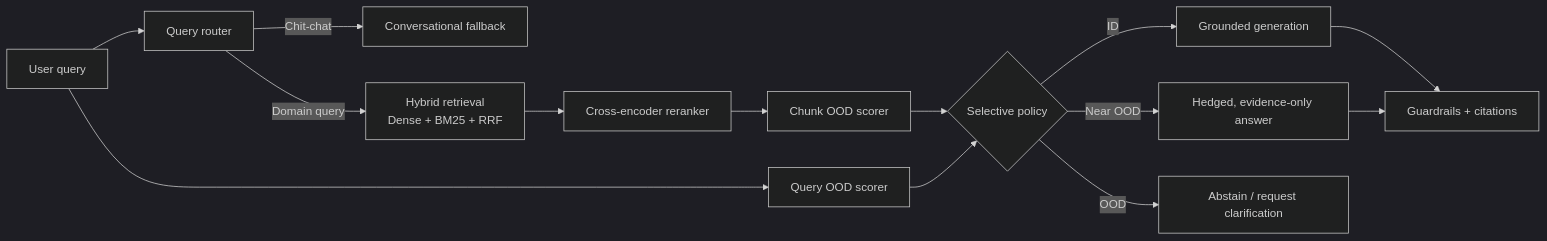
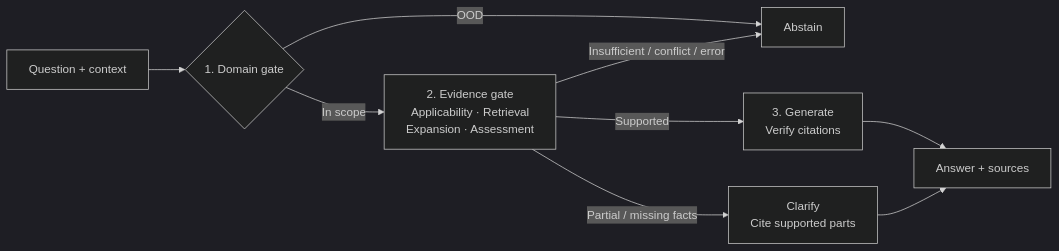
The diagram in README.md (arpit196/OODRAG), drawn with Mermaid (dark theme) before and after one commit. The commit also changed other lines of this file, not shown here.

````diff
--- a/README.md
+++ b/README.md
@@ -21,16 +25,11 @@
 ```mermaid
 flowchart LR
-    Q[User query] --> R[Query router]
-    R -->|Chit-chat| C[Conversational fallback]
-    R -->|Domain query| H[Hybrid retrieval\nDense + BM25 + RRF]
-    H --> X[Cross-encoder reranker]
-    Q --> QS[Query OOD scorer]
-    X --> CS[Chunk OOD scorer]
-    QS --> P{Selective policy}
-    CS --> P
-    P -->|ID| G[Grounded generation]
-    P -->|Near OOD| HG[Hedged, evidence-only answer]
-    P -->|OOD| A[Abstain / request clarification]
-    G --> GR[Guardrails + citations]
-    HG --> GR
+    Q[Question + context] --> S1{1. Domain gate}
+    S1 -->|In scope| S2[2. Evidence gate<br/>Applicability · Retrieval<br/>Expansion · Assessment]
+    S1 -->|OOD| A[Abstain]
+    S2 -->|Supported| G[3. Generate<br/>Verify citations]
+    S2 -->|Partial / missing facts| C[Clarify<br/>Cite supported parts]
+    S2 -->|Insufficient / conflict / error| A
+    G --> R[Answer + sources]
+    C --> R
 ```
````
